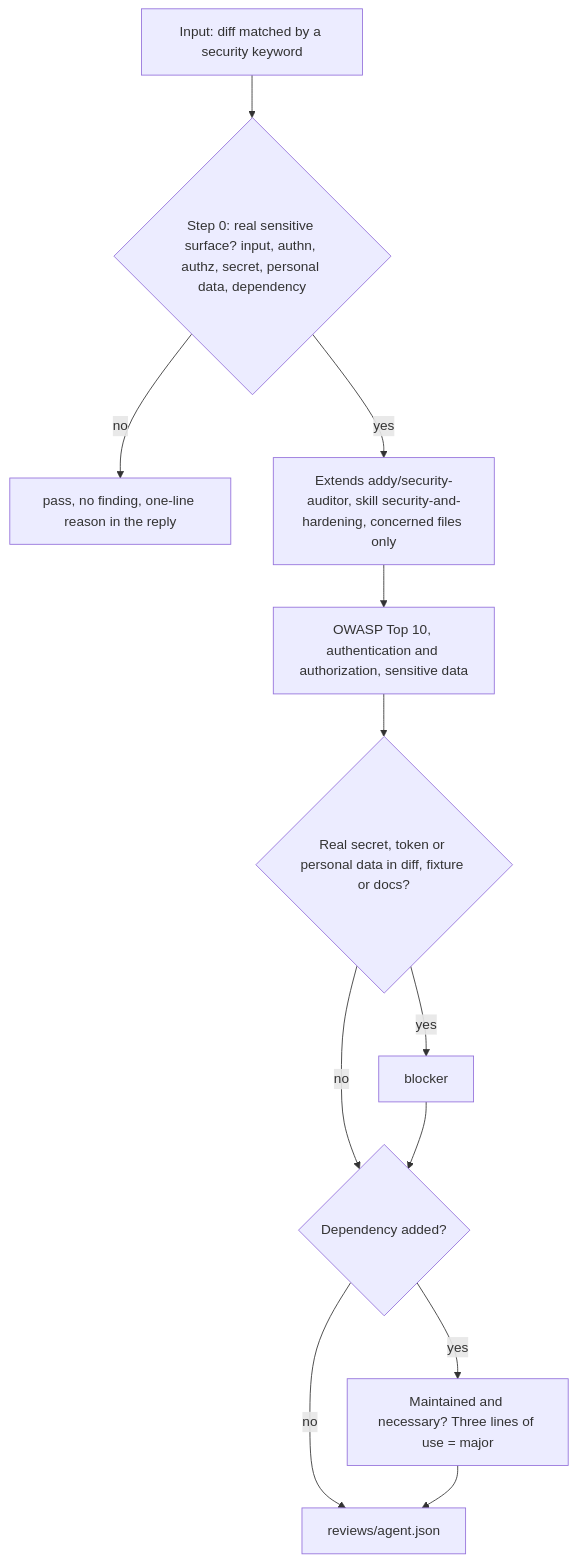
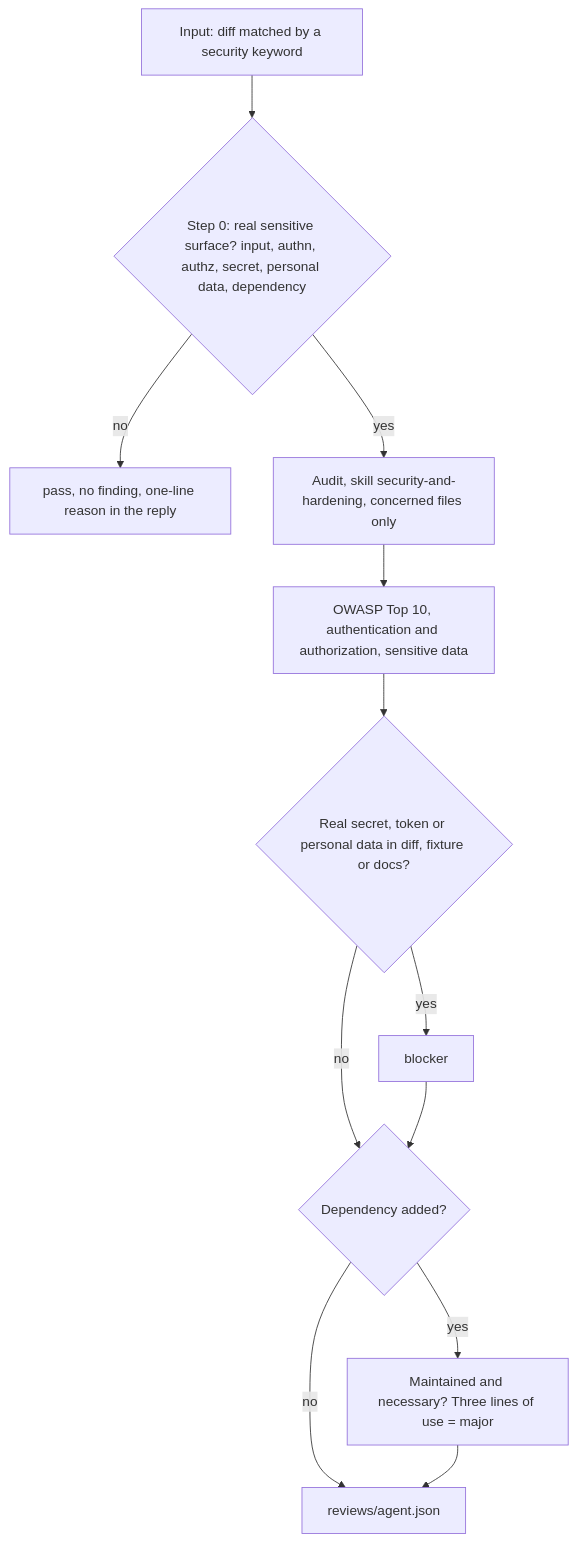
Before and after one commit to nicolasmondain/adorno: the ninth of 10 diagrams in src/agents/review/SCHEMA.md, drawn with Mermaid. The commit also changed other lines of this file and 718 other files, not shown here.

````diff
--- a/src/agents/review/SCHEMA.md
+++ b/src/agents/review/SCHEMA.md
@@ -158,14 +149,14 @@
 ```mermaid
 flowchart TD
   A["Input: diff matched by a security keyword"] --> Q{"Step 0: real sensitive surface? input, authn, authz, secret, personal data, dependency"}
   Q -->|"no"| P["pass, no finding, one-line reason in the reply"]
-  Q -->|"yes"| B["Extends addy/security-auditor, skill security-and-hardening, concerned files only"]
+  Q -->|"yes"| B["Audit, skill security-and-hardening, concerned files only"]
   B --> C["OWASP Top 10, authentication and authorization, sensitive data"]
   C --> D{"Real secret, token or personal data in diff, fixture or docs?"}
   D -->|"yes"| E["blocker"]
   D -->|"no"| F{"Dependency added?"}
   E --> F
   F -->|"yes"| G["Maintained and necessary? Three lines of use = major"]
   F -->|"no"| H["reviews/agent.json"]
   G --> H
 ```
````
